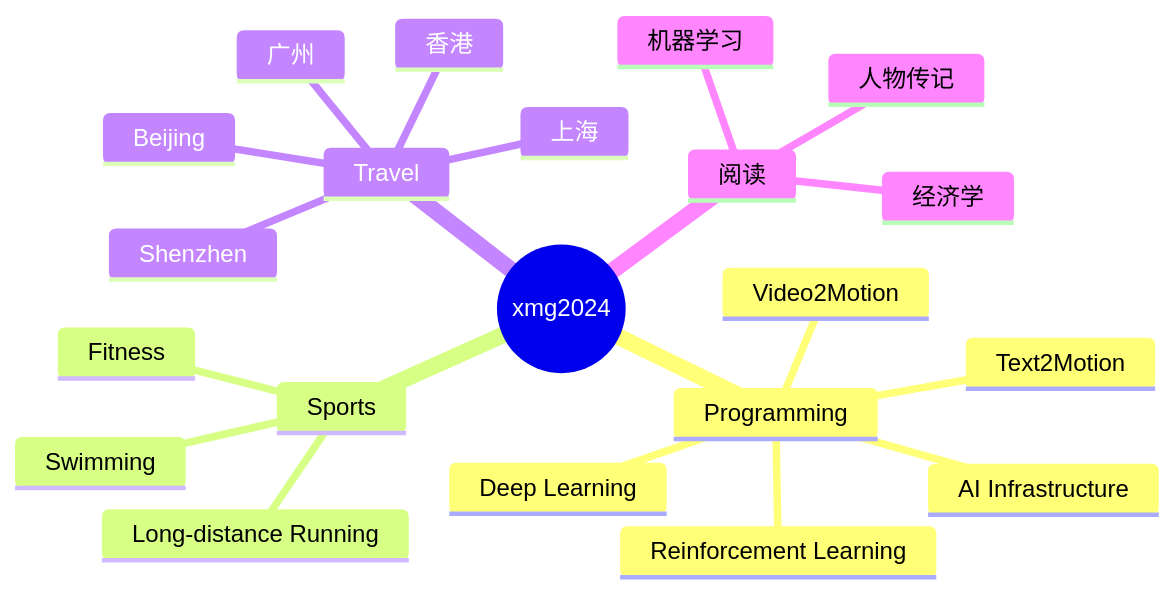
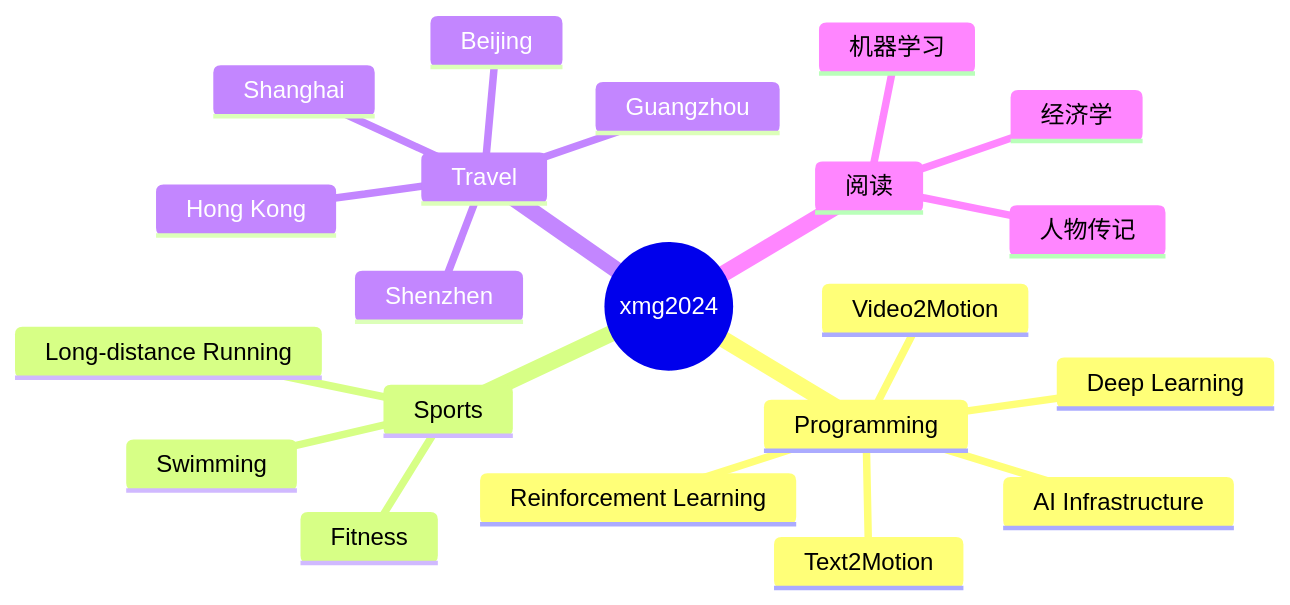
Before and after one commit to xmg2024/xmg2024: the diagram in README.md, drawn with Mermaid.

````diff
--- a/README.md
+++ b/README.md
@@ -51,24 +51,24 @@
 ```mermaid
 mindmap
   root((xmg2024))
     Programming
       Deep Learning
       Reinforcement Learning
       AI Infrastructure
       Text2Motion
       Video2Motion
     Sports
       Long-distance Running
       Swimming
       Fitness
     Travel
       Beijing
       Shenzhen
-      香港
-      广州
-      上海
+      Hong Kong
+      Guangzhou
+      Shanghai
     阅读
       人物传记
       机器学习 
       经济学
 ```
````
